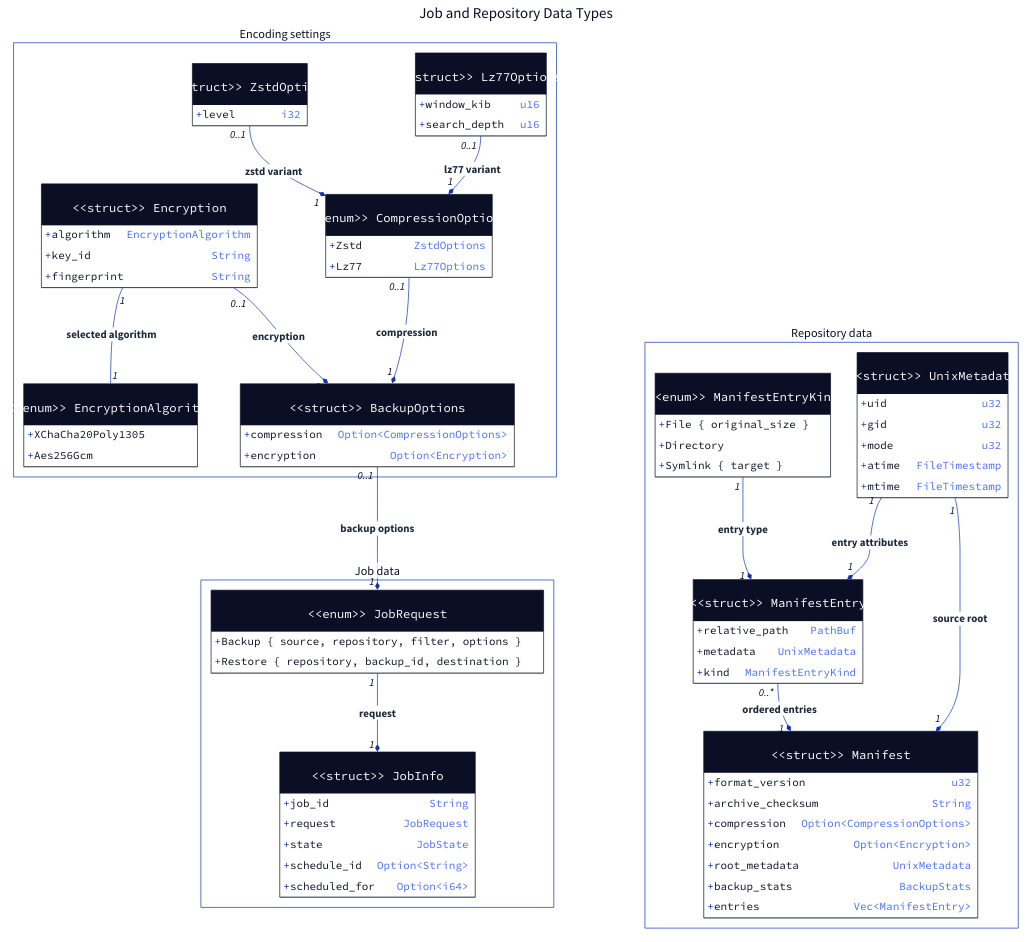
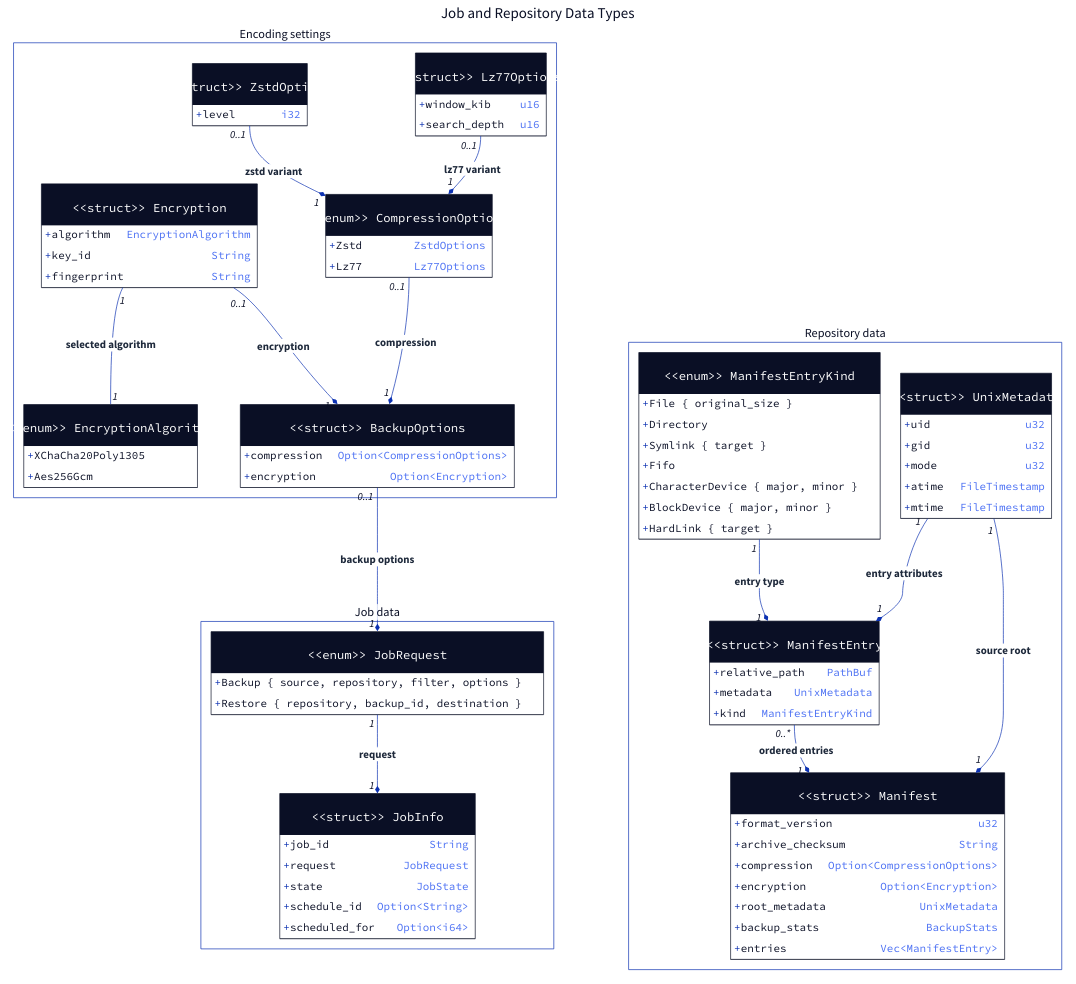
Before and after one commit to qi7876/software-development-exp: the diagram in docs/report/generated/system-class-domain.d2, drawn with D2. The commit also changed 15 other files, not shown here.

```diff
--- a/docs/report/generated/system-class-domain.d2
+++ b/docs/report/generated/system-class-domain.d2
@@ -1,160 +1,164 @@
 # Generated from docs/report/model.yaml; do not edit directly.
 direction: down
 **.style.font-size: 32
 (** -> **)[*].style: {font-size: 32; bold: true; italic: false; font-color: "#1E293B"}
 (** -- **)[*].style: {font-size: 32; bold: true; italic: false; font-color: "#1E293B"}
 (** <- **)[*].style: {font-size: 32; bold: true; italic: false; font-color: "#1E293B"}
 diagram: "Job and Repository Data Types" {
   style.font-size: 44
   style.fill: white
   style.stroke: transparent
   package_0: "Job data" {
     style.font-size: 36
     style.fill: white
     JobInfo: "<<struct>>\nJobInfo" {
       shape: class
       "+ job_id": "String"
       "+ request": "JobRequest"
       "+ state": "JobState"
       "+ schedule_id": "Option<String>"
       "+ scheduled_for": "Option<i64>"
     }
     JobRequest: "<<enum>>\nJobRequest" {
       shape: class
       "+ Backup { source, repository, filter, options }"
       "+ Restore { repository, backup_id, destination }"
     }
   }
   package_1: "Encoding settings" {
     style.font-size: 36
     style.fill: white
     Options: "<<struct>>\nBackupOptions" {
       shape: class
       "+ compression": "Option<CompressionOptions>"
       "+ encryption": "Option<Encryption>"
     }
     Zstd: "<<struct>>\nZstdOptions" {
       shape: class
       "+ level": "i32"
     }
     Encryption: "<<struct>>\nEncryption" {
       shape: class
       "+ algorithm": "EncryptionAlgorithm"
       "+ key_id": "String"
       "+ fingerprint": "String"
     }
     Compression: "<<enum>>\nCompressionOptions" {
       shape: class
       "+ Zstd": "ZstdOptions"
       "+ Lz77": "Lz77Options"
     }
     Lz77: "<<struct>>\nLz77Options" {
       shape: class
       "+ window_kib": "u16"
       "+ search_depth": "u16"
     }
     Algorithm: "<<enum>>\nEncryptionAlgorithm" {
       shape: class
       "+ XChaCha20Poly1305"
       "+ Aes256Gcm"
     }
   }
   package_2: "Repository data" {
     style.font-size: 36
     style.fill: white
     Manifest: "<<struct>>\nManifest" {
       shape: class
       "+ format_version": "u32"
       "+ archive_checksum": "String"
       "+ compression": "Option<CompressionOptions>"
       "+ encryption": "Option<Encryption>"
       "+ root_metadata": "UnixMetadata"
       "+ backup_stats": "BackupStats"
       "+ entries": "Vec<ManifestEntry>"
     }
     Entry: "<<struct>>\nManifestEntry" {
       shape: class
       "+ relative_path": "PathBuf"
       "+ metadata": "UnixMetadata"
       "+ kind": "ManifestEntryKind"
     }
     Kind: "<<enum>>\nManifestEntryKind" {
       shape: class
       "+ File { original_size }"
       "+ Directory"
       "+ Symlink { target }"
+      "+ Fifo"
+      "+ CharacterDevice { major, minor }"
+      "+ BlockDevice { major, minor }"
+      "+ HardLink { target }"
     }
     Metadata: "<<struct>>\nUnixMetadata" {
       shape: class
       "+ uid": "u32"
       "+ gid": "u32"
       "+ mode": "u32"
       "+ atime": "FileTimestamp"
       "+ mtime": "FileTimestamp"
     }
   }
   package_0.JobInfo <- package_0.JobRequest: "request" {
     source-arrowhead.label: "1"
     target-arrowhead.label: "1"
     source-arrowhead.shape: diamond
     source-arrowhead.style.filled: true
   }
   package_0.JobRequest <- package_1.Options: "backup options" {
     source-arrowhead.label: "1"
     target-arrowhead.label: "0..1"
     source-arrowhead.shape: diamond
     source-arrowhead.style.filled: true
   }
   package_1.Options <- package_1.Compression: "compression" {
     source-arrowhead.label: "1"
     target-arrowhead.label: "0..1"
     source-arrowhead.shape: diamond
     source-arrowhead.style.filled: true
   }
   package_1.Options <- package_1.Encryption: "encryption" {
     source-arrowhead.label: "1"
     target-arrowhead.label: "0..1"
     source-arrowhead.shape: diamond
     source-arrowhead.style.filled: true
   }
   package_2.Manifest <- package_2.Entry: "ordered entries" {
     source-arrowhead.label: "1"
     target-arrowhead.label: "0..*"
     source-arrowhead.shape: diamond
     source-arrowhead.style.filled: true
   }
   package_2.Manifest <- package_2.Metadata: "source root" {
     source-arrowhead.label: "1"
     target-arrowhead.label: "1"
     source-arrowhead.shape: diamond
     source-arrowhead.style.filled: true
   }
   package_2.Entry <- package_2.Metadata: "entry attributes" {
     source-arrowhead.label: "1"
     target-arrowhead.label: "1"
     source-arrowhead.shape: diamond
     source-arrowhead.style.filled: true
   }
   package_2.Entry <- package_2.Kind: "entry type" {
     source-arrowhead.label: "1"
     target-arrowhead.label: "1"
     source-arrowhead.shape: diamond
     source-arrowhead.style.filled: true
   }
   package_1.Compression <- package_1.Zstd: "zstd variant" {
     source-arrowhead.label: "1"
     target-arrowhead.label: "0..1"
     source-arrowhead.shape: diamond
     source-arrowhead.style.filled: true
   }
   package_1.Compression <- package_1.Lz77: "lz77 variant" {
     source-arrowhead.label: "1"
     target-arrowhead.label: "0..1"
     source-arrowhead.shape: diamond
     source-arrowhead.style.filled: true
   }
   package_1.Encryption -- package_1.Algorithm: "selected algorithm" {
     source-arrowhead.label: "1"
     target-arrowhead.label: "1"
   }
 }
```
